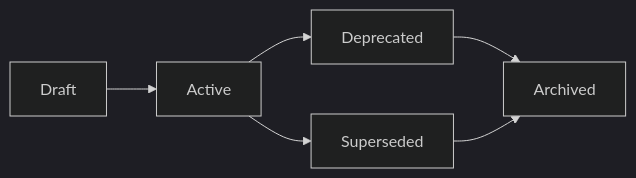
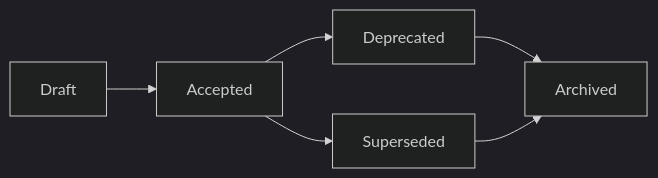
One commit to SatoryKono/BioactivityDataAcquisition changed the diagram in docs/02-architecture/adr-registry/README.md. Above: the diagram before and after it, drawn with Mermaid (dark theme). The commit also changed other lines of this file and 245 other files, not shown here.

````diff
--- a/docs/02-architecture/adr-registry/README.md
+++ b/docs/02-architecture/adr-registry/README.md
@@ -51,8 +52,8 @@
 ```mermaid
 graph LR
-    A[Draft] --> B[Active]
+    A[Draft] --> B[Accepted]
     B --> C[Deprecated]
     B --> D[Superseded]
     C --> E[Archived]
     D --> E[Archived]
 ```
````
